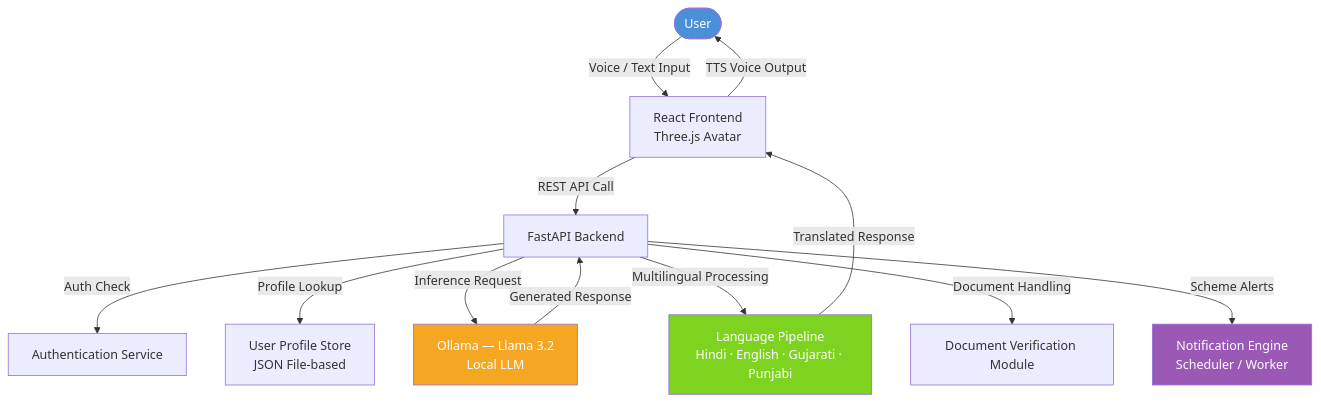
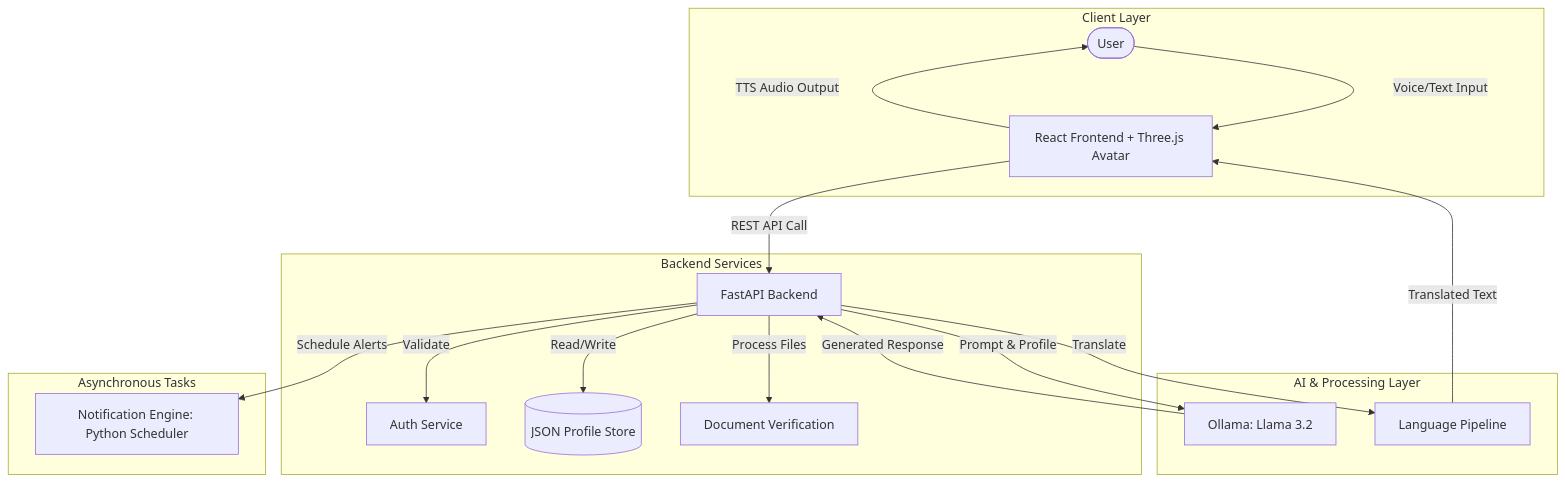
Before and after one commit to GhiyadShreya/Jansaathi: the first of 2 diagrams in README.md, drawn with Mermaid. The commit also changed other lines of this file, not shown here.

````diff
--- a/README.md
+++ b/README.md
@@ -59,19 +66,46 @@
 ```mermaid
 flowchart TD
-    A([User]) -->|Voice / Text Input| B[React Frontend\nThree.js Avatar]
-    B -->|REST API Call| C[FastAPI Backend]
-    C -->|Auth Check| D[Authentication Service]
-    C -->|Profile Lookup| E[User Profile Store\nJSON File-based]
-    C -->|Inference Request| F[Ollama — Llama 3.2\nLocal LLM]
-    F -->|Generated Response| C
-    C -->|Multilingual Processing| G[Language Pipeline\nHindi · English · Gujarati · Punjabi]
-    G -->|Translated Response| B
-    C -->|Document Handling| H[Document Verification Module]
-    C -->|Scheme Alerts| I[Notification Engine\nScheduler / Worker]
-    B -->|TTS Voice Output| A
+    subgraph Client [Client Layer]
+        A([User])
+        B[React Frontend + Three.js Avatar]
+    end
 
-    style A fill:#4A90D9,color:#fff
-    style F fill:#F5A623,color:#fff
-    style G fill:#7ED321,color:#fff
-    style I fill:#9B59B6,color:#fff
+    subgraph Backend [Backend Services]
+        C[FastAPI Backend]
+        D[Auth Service]
+        E[(JSON Profile Store)]
+        H[Document Verification]
+    end
+
+    subgraph AI_Engine [AI & Processing Layer]
+        F[Ollama: Llama 3.2]
+        G[Language Pipeline]
+    end
+
+    subgraph Workers [Asynchronous Tasks]
+        I[Notification Engine: Python Scheduler]
+    end
+
+    %% Client Layer Interactions
+    A -- "Voice/Text Input" --> B
+    B -- "TTS Audio Output" --> A
+
+    %% Client to Backend
+    B -- "REST API Call" --> C
+
+    %% Backend Service Interactions
+    C -- "Validate" --> D
+    C -- "Read/Write" --> E
+    C -- "Process Files" --> H
+
+    %% Backend to AI Engine
+    C -- "Prompt & Profile" --> F
+    C -- "Translate" --> G
+
+    %% AI Engine Outputs
+    F -- "Generated Response" --> C
+    G -- "Translated Text" --> B
+
+    %% Backend to Workers
+    C -- "Schedule Alerts" --> I
 ```
````
